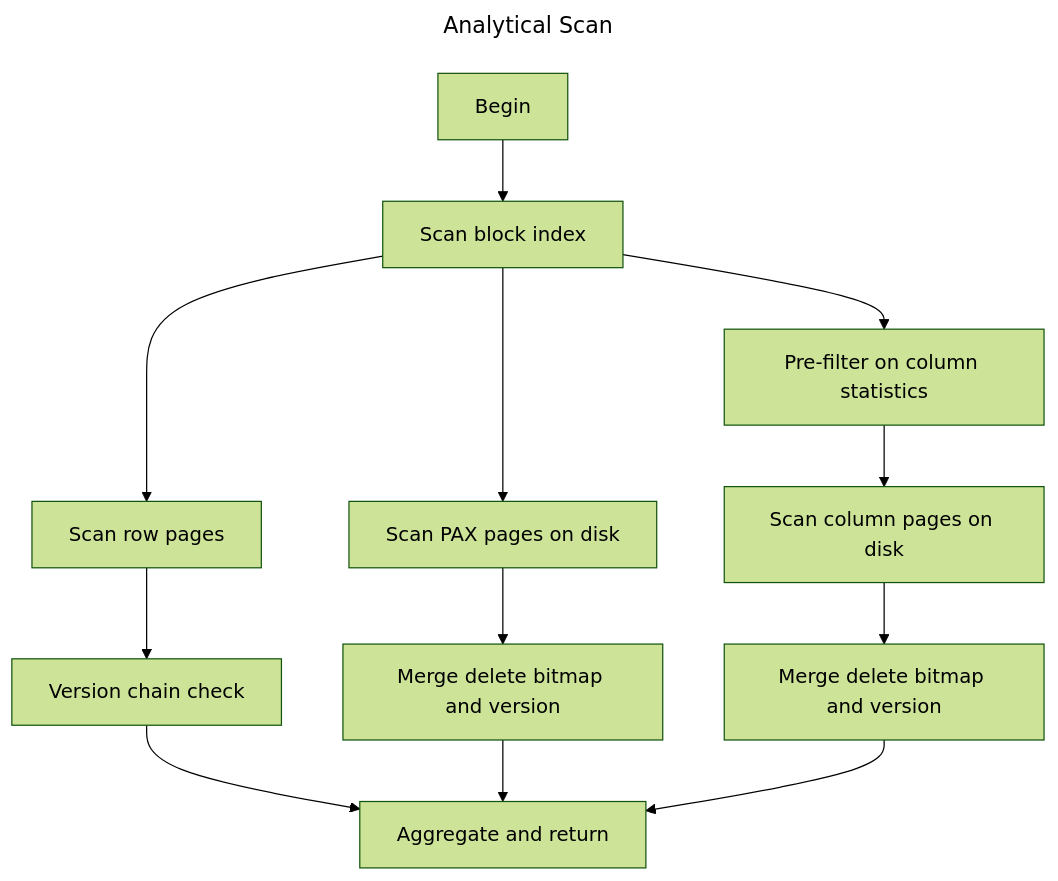
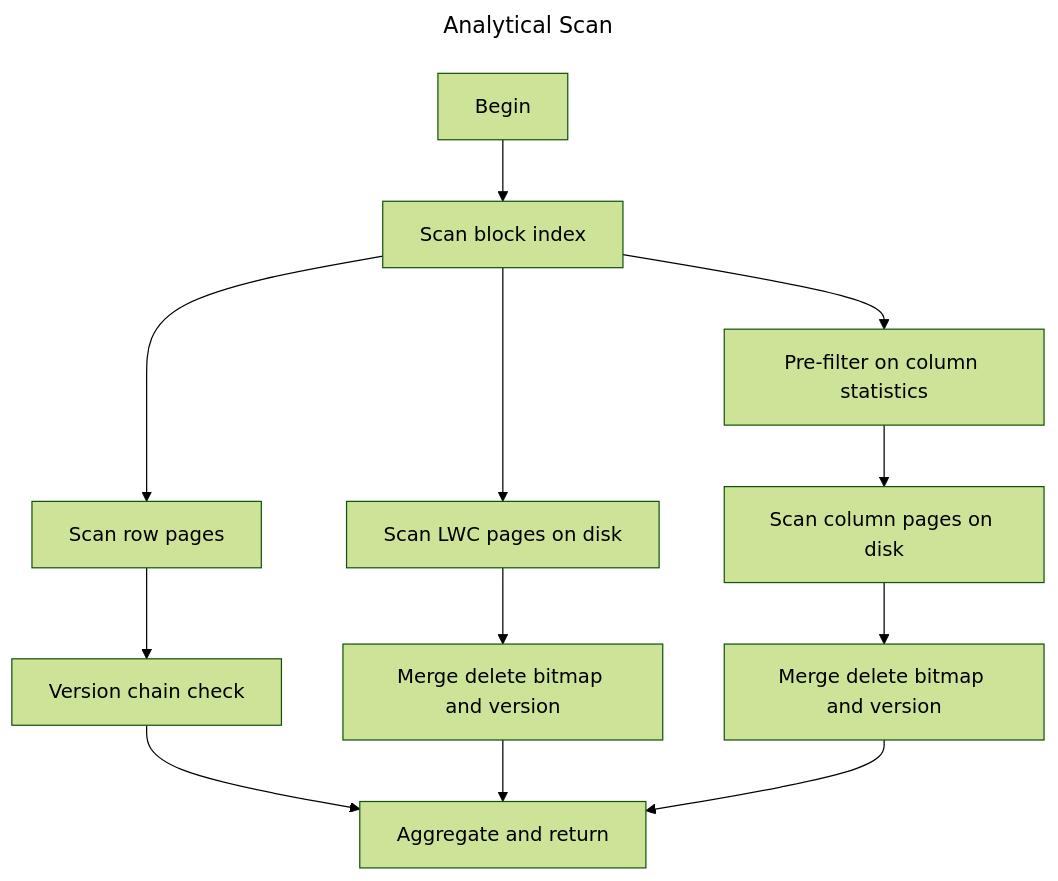
The second of 6 diagrams in doradb-storage/docs/architecture.md (jiangzhe/doradb), drawn with Mermaid (forest theme) before and after one commit. The commit also changed other lines of this file and 5 other files, not shown here.

````diff
--- a/doradb-storage/docs/architecture.md
+++ b/doradb-storage/docs/architecture.md
@@ -77,18 +78,18 @@
 ```mermaid
 ---
 title: Analytical Scan
 ---
 flowchart TD
     A[Begin]
     A --> B[Scan block index]
     B --> C[Scan row pages]
     C --> D[Version chain check]
-    B --> E[Scan PAX pages on disk]
+    B --> E[Scan LWC pages on disk]
     E --> F[Merge delete bitmap and version]
     B --> G[Pre-filter on column statistics]
     G --> H[Scan column pages on disk]
     H --> I[Merge delete bitmap and version]
     D --> J[Aggregate and return]
     F --> J
     I --> J
 ```
````
